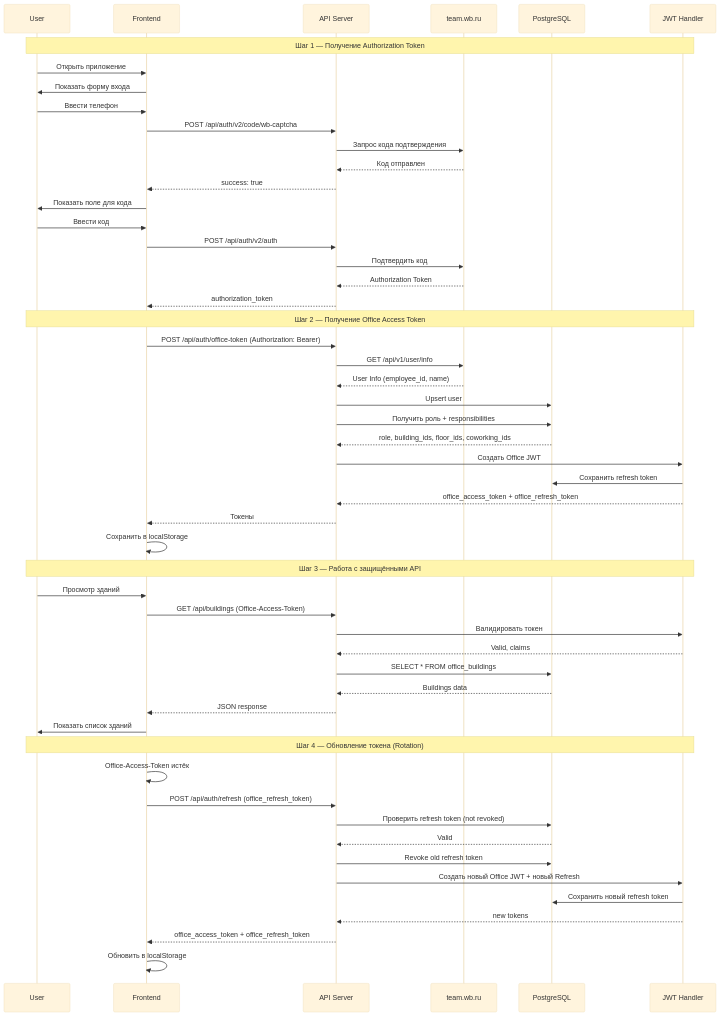
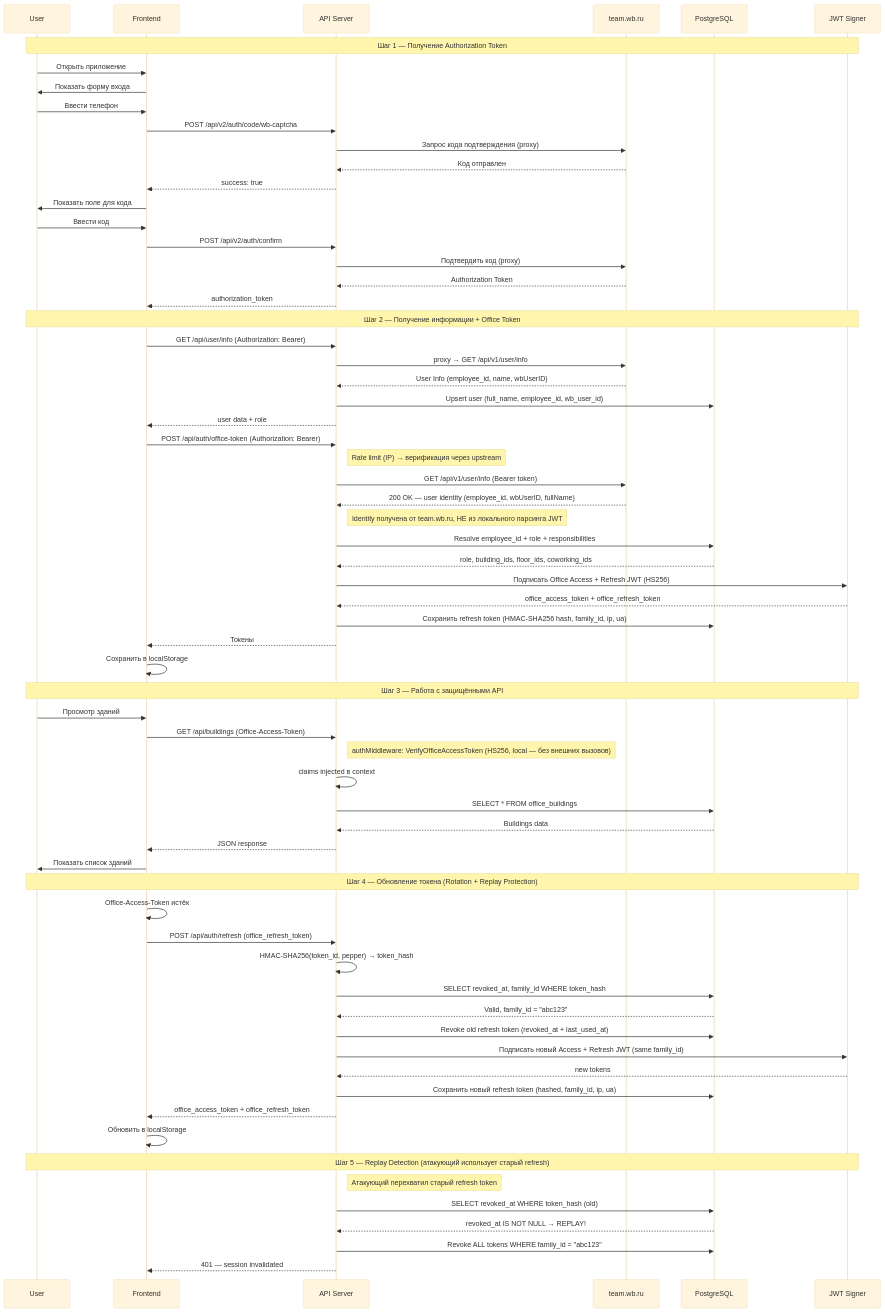
The sixth of 9 diagrams in DATA_FLOW_DIAGRAM.md (radiantbald/office-management), drawn with Mermaid (base theme) before and after one commit. The commit also changed other lines of this file and 11 other files, not shown here.

````diff
--- a/DATA_FLOW_DIAGRAM.md
+++ b/DATA_FLOW_DIAGRAM.md
@@ -210,59 +211,74 @@
 ```mermaid
 sequenceDiagram
     participant U as User
     participant F as Frontend
     participant A as API Server
     participant W as team.wb.ru
     participant DB as PostgreSQL
-    participant J as JWT Handler
+    participant J as JWT Signer
 
     Note over U,J: Шаг 1 — Получение Authorization Token
     U->>F: Открыть приложение
     F->>U: Показать форму входа
     U->>F: Ввести телефон
-    F->>A: POST /api/auth/v2/code/wb-captcha
-    A->>W: Запрос кода подтверждения
+    F->>A: POST /api/v2/auth/code/wb-captcha
+    A->>W: Запрос кода подтверждения (proxy)
     W-->>A: Код отправлен
     A-->>F: success: true
     F->>U: Показать поле для кода
     U->>F: Ввести код
-    F->>A: POST /api/auth/v2/auth
-    A->>W: Подтвердить код
+    F->>A: POST /api/v2/auth/confirm
+    A->>W: Подтвердить код (proxy)
     W-->>A: Authorization Token
     A-->>F: authorization_token
     
-    Note over U,J: Шаг 2 — Получение Office Access Token
+    Note over U,J: Шаг 2 — Получение информации + Office Token
+    F->>A: GET /api/user/info (Authorization: Bearer)
+    A->>W: proxy → GET /api/v1/user/info
+    W-->>A: User Info (employee_id, name, wbUserID)
+    A->>DB: Upsert user (full_name, employee_id, wb_user_id)
+    A-->>F: user data + role
+    
     F->>A: POST /api/auth/office-token (Authorization: Bearer)
-    A->>W: GET /api/v1/user/info
-    W-->>A: User Info (employee_id, name)
-    A->>DB: Upsert user
-    A->>DB: Получить роль + responsibilities
+    Note right of A: Rate limit (IP) → верификация через upstream
+    A->>W: GET /api/v1/user/info (Bearer token)
+    W-->>A: 200 OK — user identity (employee_id, wbUserID, fullName)
+    Note right of A: Identity получена от team.wb.ru, НЕ из локального парсинга JWT
+    A->>DB: Resolve employee_id + role + responsibilities
     DB-->>A: role, building_ids, floor_ids, coworking_ids
-    A->>J: Создать Office JWT
-    J->>DB: Сохранить refresh token
+    A->>J: Подписать Office Access + Refresh JWT (HS256)
     J-->>A: office_access_token + office_refresh_token
+    A->>DB: Сохранить refresh token (HMAC-SHA256 hash, family_id, ip, ua)
     A-->>F: Токены
     F->>F: Сохранить в localStorage
     
     Note over U,J: Шаг 3 — Работа с защищёнными API
     U->>F: Просмотр зданий
     F->>A: GET /api/buildings (Office-Access-Token)
-    A->>J: Валидировать токен
-    J-->>A: Valid, claims
+    Note right of A: authMiddleware: VerifyOfficeAccessToken (HS256, local — без внешних вызовов)
+    A->>A: claims injected в context
     A->>DB: SELECT * FROM office_buildings
     DB-->>A: Buildings data
     A-->>F: JSON response
     F->>U: Показать список зданий
     
-    Note over U,J: Шаг 4 — Обновление токена (Rotation)
+    Note over U,J: Шаг 4 — Обновление токена (Rotation + Replay Protection)
     F->>F: Office-Access-Token истёк
     F->>A: POST /api/auth/refresh (office_refresh_token)
-    A->>DB: Проверить refresh token (not revoked)
-    DB-->>A: Valid
-    A->>DB: Revoke old refresh token
-    A->>J: Создать новый Office JWT + новый Refresh
-    J->>DB: Сохранить новый refresh token
+    A->>A: HMAC-SHA256(token_id, pepper) → token_hash
+    A->>DB: SELECT revoked_at, family_id WHERE token_hash
+    DB-->>A: Valid, family_id = "abc123"
+    A->>DB: Revoke old refresh token (revoked_at + last_used_at)
+    A->>J: Подписать новый Access + Refresh JWT (same family_id)
     J-->>A: new tokens
+    A->>DB: Сохранить новый refresh token (hashed, family_id, ip, ua)
     A-->>F: office_access_token + office_refresh_token
     F->>F: Обновить в localStorage
+
+    Note over U,J: Шаг 5 — Replay Detection (атакующий использует старый refresh)
+    Note right of A: Атакующий перехватил старый refresh token
+    A->>DB: SELECT revoked_at WHERE token_hash (old)
+    DB-->>A: revoked_at IS NOT NULL → REPLAY!
+    A->>DB: Revoke ALL tokens WHERE family_id = "abc123"
+    A-->>F: 401 — session invalidated
 ```
````
